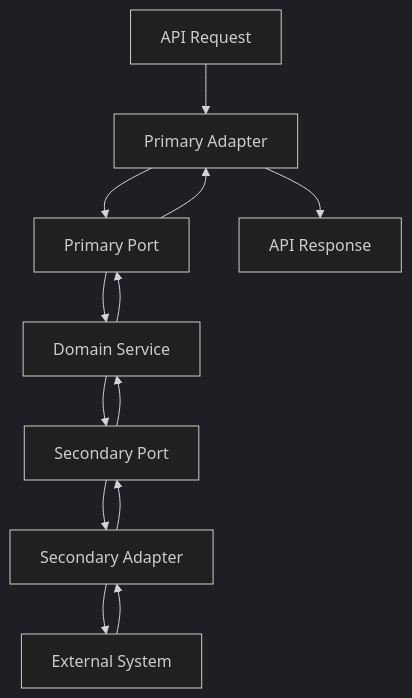
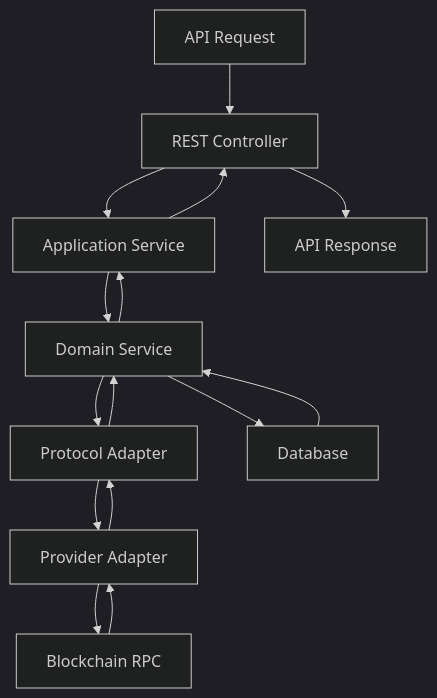
One commit to AN8991/oev-feed changed the diagram in architecture.md. Above: the diagram before and after it, drawn with Mermaid (dark theme). The commit also changed other lines of this file and 81 other files, not shown here.

````diff
--- a/architecture.md
+++ b/architecture.md
@@ -129,15 +155,17 @@
 ```mermaid
 graph TD
-    A[API Request] --> B[Primary Adapter]
-    B --> C[Primary Port]
+    A[API Request] --> B[REST Controller]
+    B --> C[Application Service]
     C --> D[Domain Service]
-    D --> E[Secondary Port]
-    E --> F[Secondary Adapter]
-    F --> G[External System]
+    D --> E[Protocol Adapter]
+    E --> F[Provider Adapter]
+    F --> G[Blockchain RPC]
     G --> F
     F --> E
     E --> D
+    D --> H[Database]
+    H --> D
     D --> C
     C --> B
-    B --> H[API Response]
+    B --> I[API Response]
 ```
````
